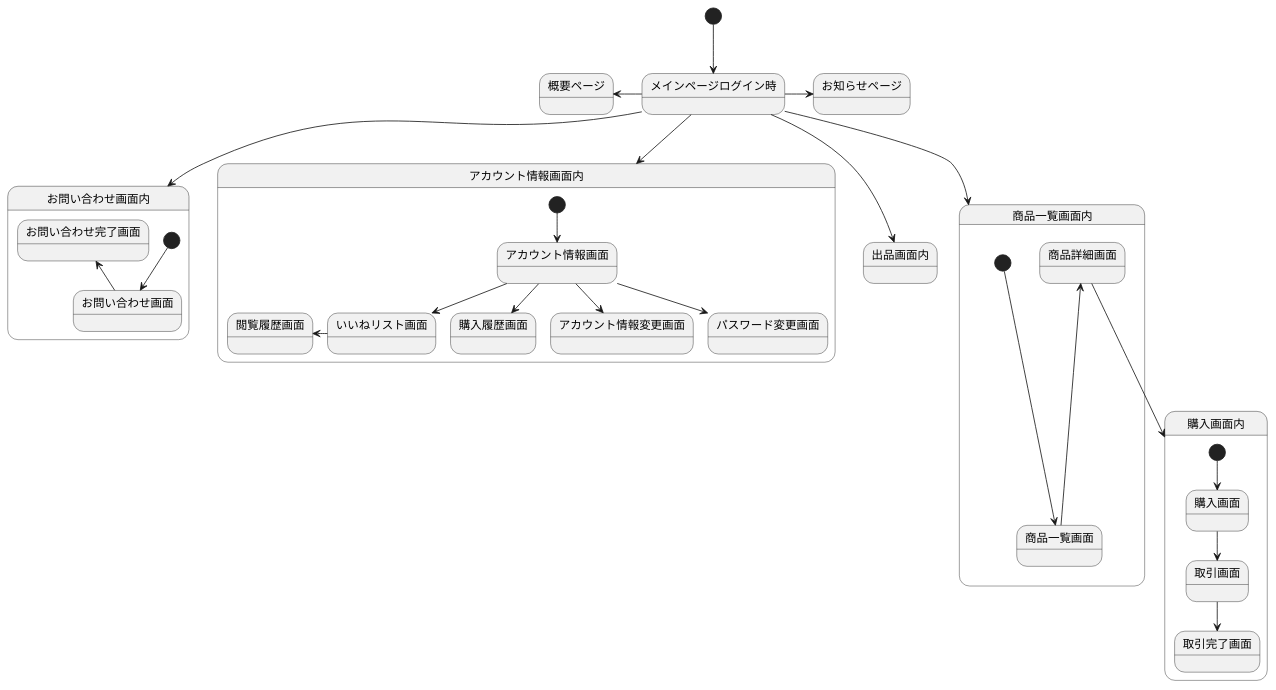
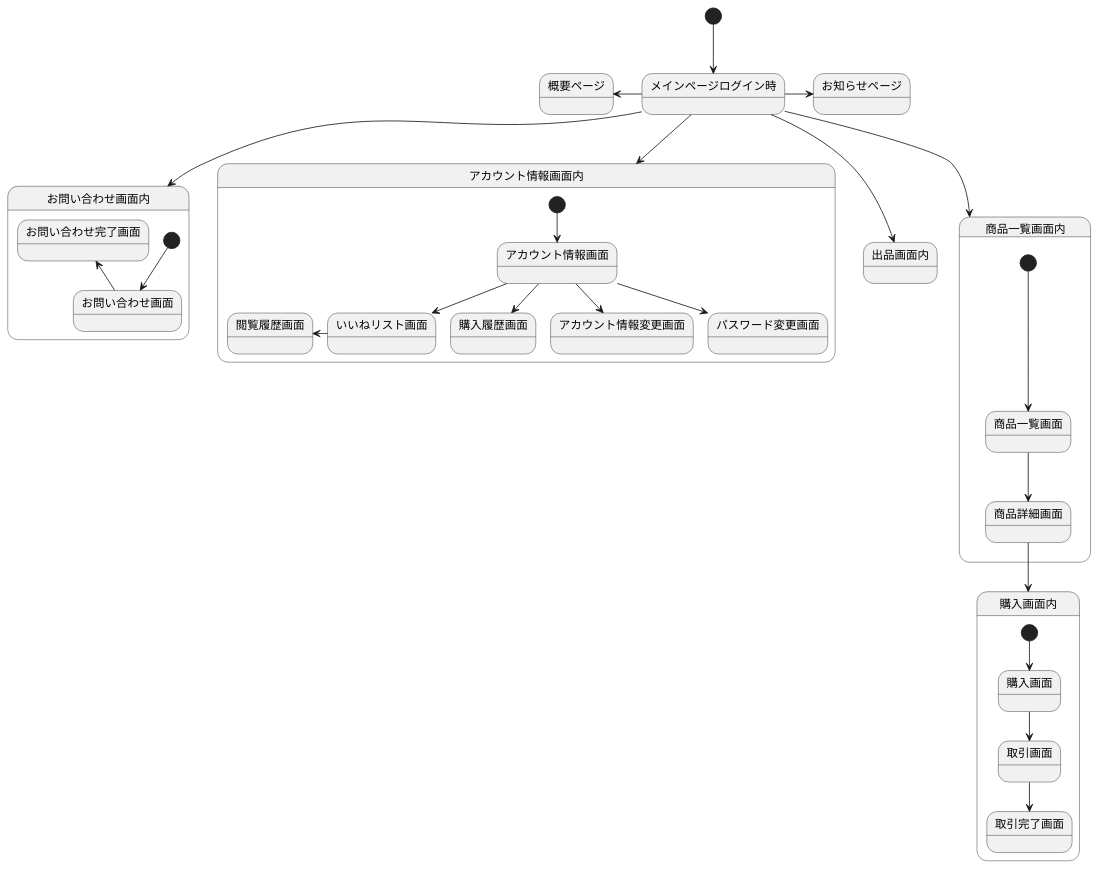
The diagram in 画面遷移図ログイン.md (Aso2001147/2021SystemDesign), drawn with PlantUML before and after one commit.

````diff
--- a/画面遷移図ログイン.md
+++ b/画面遷移図ログイン.md
@@ -1,40 +1,40 @@
 ```uml
 @startuml
 
 [*] --> メインページログイン時
 メインページログイン時 -left-> 概要ページ
 メインページログイン時 -right-> お知らせページ
 メインページログイン時 --> お問い合わせ画面内
 メインページログイン時 --> アカウント情報画面内
 メインページログイン時 --> 商品一覧画面内
 メインページログイン時 --> 出品画面内
 
 state お問い合わせ画面内{
 [*] -down-> お問い合わせ画面
 お問い合わせ画面 -up-> お問い合わせ完了画面
 }
 
 state アカウント情報画面内{
 [*] --> アカウント情報画面
 アカウント情報画面 -down-> いいねリスト画面
 いいねリスト画面 -left-> 閲覧履歴画面
 アカウント情報画面 -down-> 購入履歴画面
 アカウント情報画面 -down-> アカウント情報変更画面
 アカウント情報画面 -down-> パスワード変更画面
 }
 
 state 商品一覧画面内{
 [*] -down-> 商品一覧画面
-商品一覧画面 -up-> 商品詳細画面
+商品一覧画面 -down-> 商品詳細画面
 }
 
 商品詳細画面 --> 購入画面内
 
 state 購入画面内{
 [*] --> 購入画面
 購入画面 --> 取引画面
 取引画面 --> 取引完了画面
 }
 
 @enduml
 ```
````
